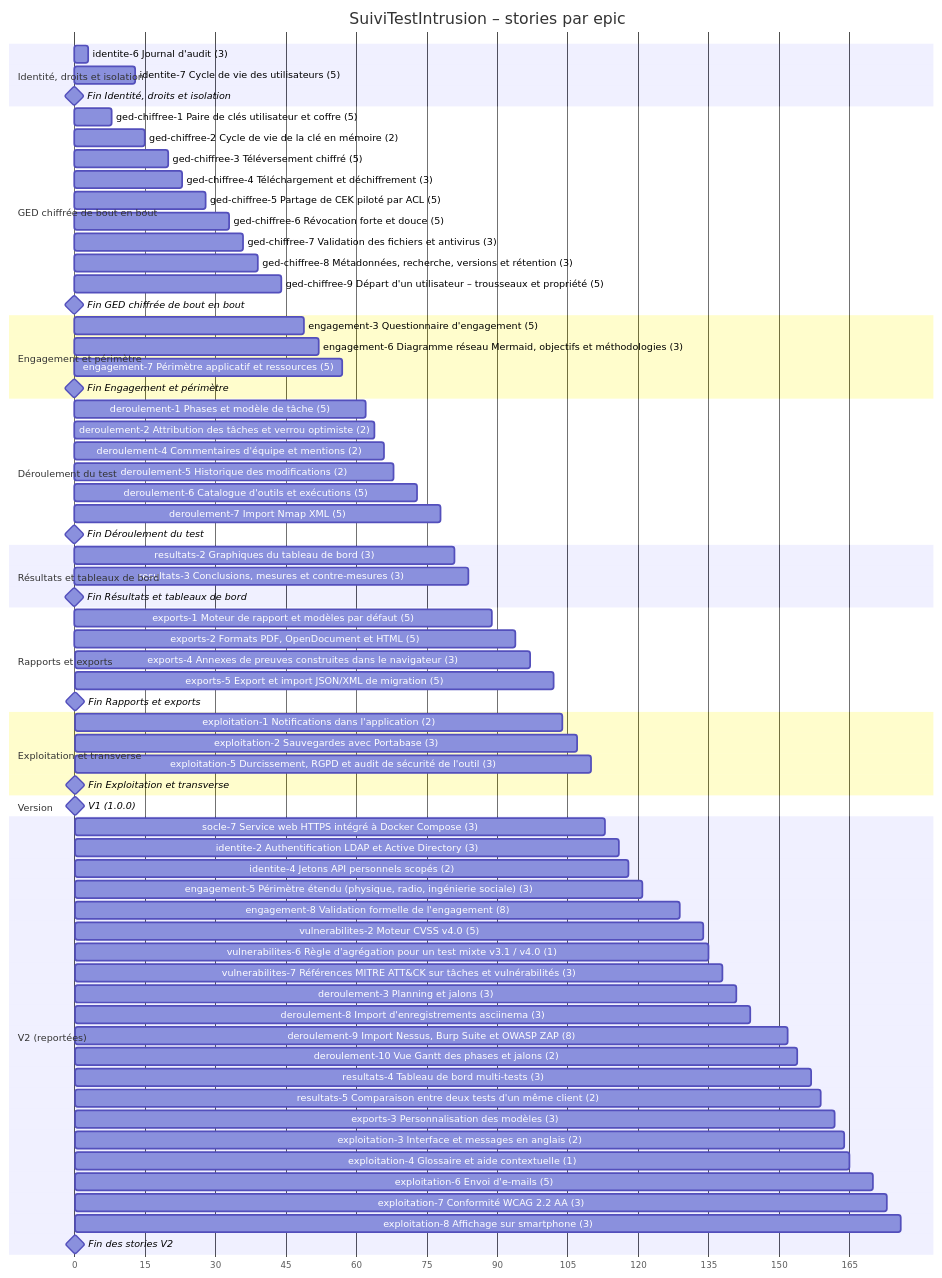
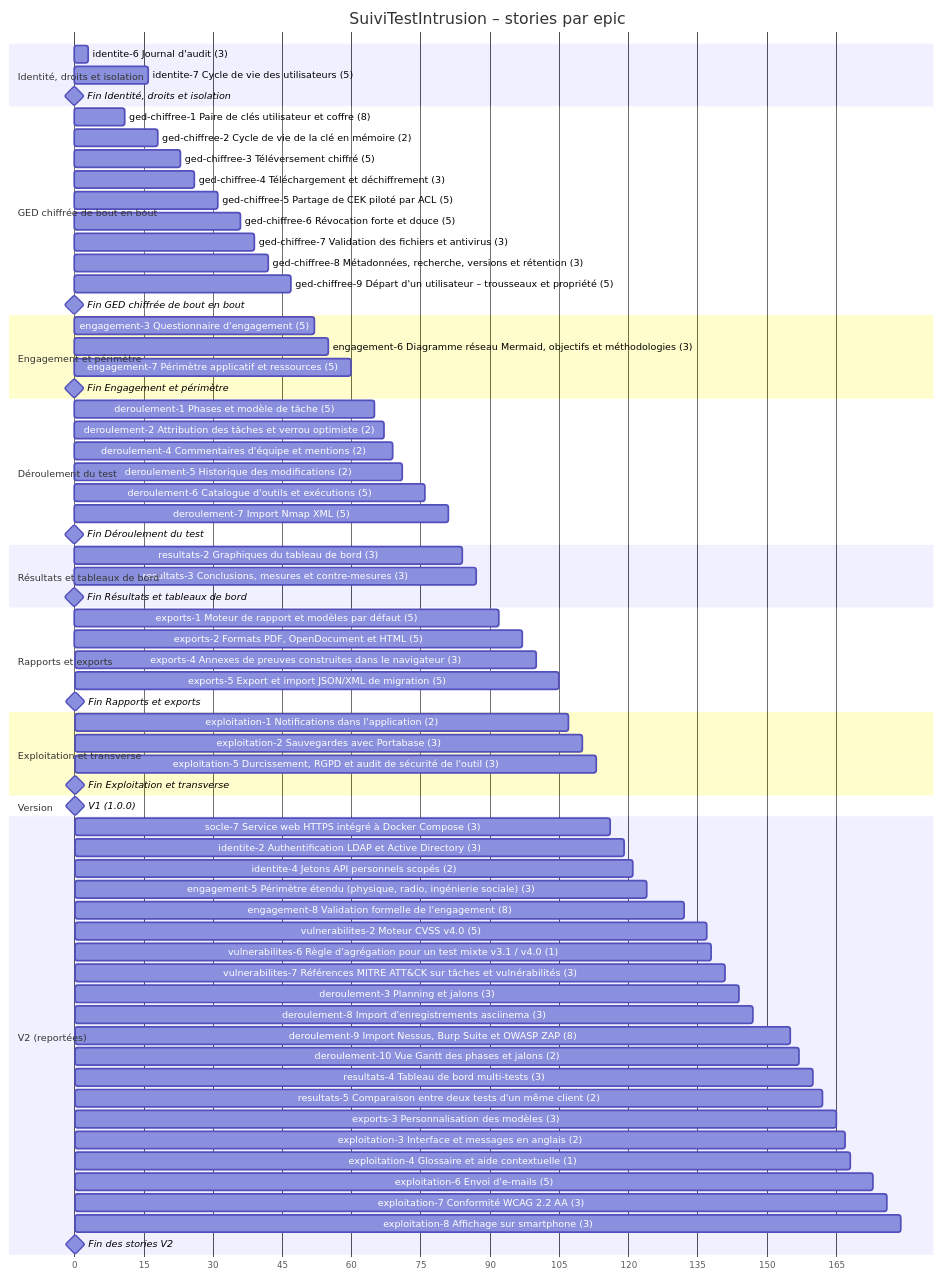
The second of 2 diagrams in docs/20-29 Développement/22 Planification/22.01 Planification du développement.md (ILPlais/SuiviTestIntrusion), drawn with Mermaid before and after one commit. The commit also changed other lines of this file and 6 other files, not shown here.

First line of the commit message:
Sprint 6 planifié : 18 points (identite-6, ged-chiffree-1, identite-7, ged-chiffree-2) ; clé de récupération ajoutée à ged-chiffree-1 (5 → 8 points), 22.01 mis à jour.

````diff
--- a/docs/20-29 Développement/22 Planification/22.01 Planification du développement.md
+++ b/docs/20-29 Développement/22 Planification/22.01 Planification du développement.md
@@ -71,73 +71,73 @@
 ```mermaid
 gantt
     title SuiviTestIntrusion – stories par epic
     dateFormat X
     axisFormat %s
     section Identité, droits et isolation
     identite-6 Journal d'audit (3) :identite_6, 0, 3
-    identite-7 Cycle de vie des utilisateurs (5) :identite_7, 8, 13
+    identite-7 Cycle de vie des utilisateurs (5) :identite_7, 11, 16
     Fin Identité, droits et isolation :milestone, m_identite, 13, 0d
     section GED chiffrée de bout en bout
-    ged-chiffree-1 Paire de clés utilisateur et coffre (5) :ged_chiffree_1, 3, 8
-    ged-chiffree-2 Cycle de vie de la clé en mémoire (2) :ged_chiffree_2, 13, 15
-    ged-chiffree-3 Téléversement chiffré (5) :ged_chiffree_3, 15, 20
-    ged-chiffree-4 Téléchargement et déchiffrement (3) :ged_chiffree_4, 20, 23
-    ged-chiffree-5 Partage de CEK piloté par ACL (5) :ged_chiffree_5, 23, 28
-    ged-chiffree-6 Révocation forte et douce (5) :ged_chiffree_6, 28, 33
-    ged-chiffree-7 Validation des fichiers et antivirus (3) :ged_chiffree_7, 33, 36
-    ged-chiffree-8 Métadonnées, recherche, versions et rétention (3) :ged_chiffree_8, 36, 39
-    ged-chiffree-9 Départ d'un utilisateur  – trousseaux et propriété (5) :ged_chiffree_9, 39, 44
+    ged-chiffree-1 Paire de clés utilisateur et coffre (8) :ged_chiffree_1, 3, 11
+    ged-chiffree-2 Cycle de vie de la clé en mémoire (2) :ged_chiffree_2, 16, 18
+    ged-chiffree-3 Téléversement chiffré (5) :ged_chiffree_3, 18, 23
+    ged-chiffree-4 Téléchargement et déchiffrement (3) :ged_chiffree_4, 23, 26
+    ged-chiffree-5 Partage de CEK piloté par ACL (5) :ged_chiffree_5, 26, 31
+    ged-chiffree-6 Révocation forte et douce (5) :ged_chiffree_6, 31, 36
+    ged-chiffree-7 Validation des fichiers et antivirus (3) :ged_chiffree_7, 36, 39
+    ged-chiffree-8 Métadonnées, recherche, versions et rétention (3) :ged_chiffree_8, 39, 42
+    ged-chiffree-9 Départ d'un utilisateur  – trousseaux et propriété (5) :ged_chiffree_9, 42, 47
     Fin GED chiffrée de bout en bout :milestone, m_ged_chiffree, 44, 0d
     section Engagement et périmètre
-    engagement-3 Questionnaire d'engagement (5) :engagement_3, 44, 49
-    engagement-6 Diagramme réseau Mermaid, objectifs et méthodologies (3) :engagement_6, 49, 52
-    engagement-7 Périmètre applicatif et ressources (5) :engagement_7, 52, 57
+    engagement-3 Questionnaire d'engagement (5) :engagement_3, 47, 52
+    engagement-6 Diagramme réseau Mermaid, objectifs et méthodologies (3) :engagement_6, 52, 55
+    engagement-7 Périmètre applicatif et ressources (5) :engagement_7, 55, 60
     Fin Engagement et périmètre :milestone, m_engagement, 57, 0d
     section Déroulement du test
-    deroulement-1 Phases et modèle de tâche (5) :deroulement_1, 57, 62
-    deroulement-2 Attribution des tâches et verrou optimiste (2) :deroulement_2, 62, 64
-    deroulement-4 Commentaires d'équipe et mentions (2) :deroulement_4, 64, 66
-    deroulement-5 Historique des modifications (2) :deroulement_5, 66, 68
-    deroulement-6 Catalogue d'outils et exécutions (5) :deroulement_6, 68, 73
-    deroulement-7 Import Nmap XML (5) :deroulement_7, 73, 78
+    deroulement-1 Phases et modèle de tâche (5) :deroulement_1, 60, 65
+    deroulement-2 Attribution des tâches et verrou optimiste (2) :deroulement_2, 65, 67
+    deroulement-4 Commentaires d'équipe et mentions (2) :deroulement_4, 67, 69
+    deroulement-5 Historique des modifications (2) :deroulement_5, 69, 71
+    deroulement-6 Catalogue d'outils et exécutions (5) :deroulement_6, 71, 76
+    deroulement-7 Import Nmap XML (5) :deroulement_7, 76, 81
     Fin Déroulement du test :milestone, m_deroulement, 78, 0d
     section Résultats et tableaux de bord
-    resultats-2 Graphiques du tableau de bord (3) :resultats_2, 78, 81
-    resultats-3 Conclusions, mesures et contre-mesures (3) :resultats_3, 81, 84
+    resultats-2 Graphiques du tableau de bord (3) :resultats_2, 81, 84
+    resultats-3 Conclusions, mesures et contre-mesures (3) :resultats_3, 84, 87
     Fin Résultats et tableaux de bord :milestone, m_resultats, 84, 0d
     section Rapports et exports
-    exports-1 Moteur de rapport et modèles par défaut (5) :exports_1, 84, 89
-    exports-2 Formats PDF, OpenDocument et HTML (5) :exports_2, 89, 94
-    exports-4 Annexes de preuves construites dans le navigateur (3) :exports_4, 94, 97
-    exports-5 Export et import JSON/XML de migration (5) :exports_5, 97, 102
+    exports-1 Moteur de rapport et modèles par défaut (5) :exports_1, 87, 92
+    exports-2 Formats PDF, OpenDocument et HTML (5) :exports_2, 92, 97
+    exports-4 Annexes de preuves construites dans le navigateur (3) :exports_4, 97, 100
+    exports-5 Export et import JSON/XML de migration (5) :exports_5, 100, 105
     Fin Rapports et exports :milestone, m_exports, 102, 0d
     section Exploitation et transverse
-    exploitation-1 Notifications dans l'application (2) :exploitation_1, 102, 104
-    exploitation-2 Sauvegardes avec Portabase (3) :exploitation_2, 104, 107
-    exploitation-5 Durcissement, RGPD et audit de sécurité de l'outil (3) :exploitation_5, 107, 110
+    exploitation-1 Notifications dans l'application (2) :exploitation_1, 105, 107
+    exploitation-2 Sauvegardes avec Portabase (3) :exploitation_2, 107, 110
+    exploitation-5 Durcissement, RGPD et audit de sécurité de l'outil (3) :exploitation_5, 110, 113
     Fin Exploitation et transverse :milestone, m_exploitation, 110, 0d
     section Version
     V1 (1.0.0) :milestone, v1d, 110, 0d
     section V2 (reportées)
-    socle-7 Service web HTTPS intégré à Docker Compose (3) :socle_7, 110, 113
-    identite-2 Authentification LDAP et Active Directory (3) :identite_2, 113, 116
-    identite-4 Jetons API personnels scopés (2) :identite_4, 116, 118
-    engagement-5 Périmètre étendu (physique, radio, ingénierie sociale) (3) :engagement_5, 118, 121
-    engagement-8 Validation formelle de l'engagement (8) :engagement_8, 121, 129
-    vulnerabilites-2 Moteur CVSS v4.0 (5) :vulnerabilites_2, 129, 134
-    vulnerabilites-6 Règle d'agrégation pour un test mixte v3.1 / v4.0 (1) :vulnerabilites_6, 134, 135
-    vulnerabilites-7 Références MITRE ATT&CK sur tâches et vulnérabilités (3) :vulnerabilites_7, 135, 138
-    deroulement-3 Planning et jalons (3) :deroulement_3, 138, 141
-    deroulement-8 Import d'enregistrements asciinema (3) :deroulement_8, 141, 144
-    deroulement-9 Import Nessus, Burp Suite et OWASP ZAP (8) :deroulement_9, 144, 152
-    deroulement-10 Vue Gantt des phases et jalons (2) :deroulement_10, 152, 154
-    resultats-4 Tableau de bord multi-tests (3) :resultats_4, 154, 157
-    resultats-5 Comparaison entre deux tests d'un même client (2) :resultats_5, 157, 159
-    exports-3 Personnalisation des modèles (3) :exports_3, 159, 162
-    exploitation-3 Interface et messages en anglais (2) :exploitation_3, 162, 164
-    exploitation-4 Glossaire et aide contextuelle (1) :exploitation_4, 164, 165
-    exploitation-6 Envoi d'e-mails (5) :exploitation_6, 165, 170
-    exploitation-7 Conformité WCAG 2.2 AA (3) :exploitation_7, 170, 173
-    exploitation-8 Affichage sur smartphone (3) :exploitation_8, 173, 176
+    socle-7 Service web HTTPS intégré à Docker Compose (3) :socle_7, 113, 116
+    identite-2 Authentification LDAP et Active Directory (3) :identite_2, 116, 119
+    identite-4 Jetons API personnels scopés (2) :identite_4, 119, 121
+    engagement-5 Périmètre étendu (physique, radio, ingénierie sociale) (3) :engagement_5, 121, 124
+    engagement-8 Validation formelle de l'engagement (8) :engagement_8, 124, 132
+    vulnerabilites-2 Moteur CVSS v4.0 (5) :vulnerabilites_2, 132, 137
+    vulnerabilites-6 Règle d'agrégation pour un test mixte v3.1 / v4.0 (1) :vulnerabilites_6, 137, 138
+    vulnerabilites-7 Références MITRE ATT&CK sur tâches et vulnérabilités (3) :vulnerabilites_7, 138, 141
+    deroulement-3 Planning et jalons (3) :deroulement_3, 141, 144
+    deroulement-8 Import d'enregistrements asciinema (3) :deroulement_8, 144, 147
+    deroulement-9 Import Nessus, Burp Suite et OWASP ZAP (8) :deroulement_9, 147, 155
+    deroulement-10 Vue Gantt des phases et jalons (2) :deroulement_10, 155, 157
+    resultats-4 Tableau de bord multi-tests (3) :resultats_4, 157, 160
+    resultats-5 Comparaison entre deux tests d'un même client (2) :resultats_5, 160, 162
+    exports-3 Personnalisation des modèles (3) :exports_3, 162, 165
+    exploitation-3 Interface et messages en anglais (2) :exploitation_3, 165, 167
+    exploitation-4 Glossaire et aide contextuelle (1) :exploitation_4, 167, 168
+    exploitation-6 Envoi d'e-mails (5) :exploitation_6, 168, 173
+    exploitation-7 Conformité WCAG 2.2 AA (3) :exploitation_7, 173, 176
+    exploitation-8 Affichage sur smartphone (3) :exploitation_8, 176, 179
     Fin des stories V2 :milestone, v2d, 176, 0d
 ```
````
